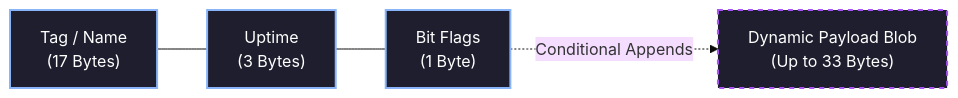
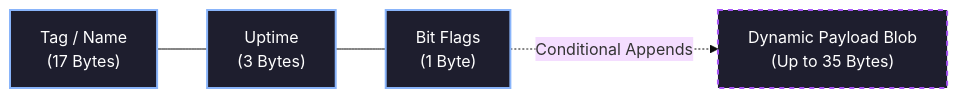
The first of 2 diagrams in src/docs/content/docs/rfc/12-payload-telemetry.mdx (qshosfw/hermes), drawn with Mermaid (base theme) before and after one commit. The commit also changed other lines of this file and 24 other files, not shown here.

````diff
--- a/src/docs/content/docs/rfc/12-payload-telemetry.mdx
+++ b/src/docs/content/docs/rfc/12-payload-telemetry.mdx
@@ -22,8 +22,8 @@
 ```mermaid
 graph LR
-    A["Tag / Name<br>(17 Bytes)"] --- B["Uptime<br>(3 Bytes)"] --- C["Bit Flags<br>(1 Byte)"] -. "Conditional Appends" .-> D["Dynamic Payload Blob<br>(Up to 33 Bytes)"]
+    A["Tag / Name<br>(17 Bytes)"] --- B["Uptime<br>(3 Bytes)"] --- C["Bit Flags<br>(1 Byte)"] -. "Conditional Appends" .-> D["Dynamic Payload Blob<br>(Up to 35 Bytes)"]
     classDef base fill:#1e1e2e,stroke:#89b4fa,stroke-width:2px,color:white;
     classDef dynamic fill:#1e1e2e,stroke:#a855f7,stroke-width:2px,stroke-dasharray: 5 5,color:white;
     class A,B,C base;
     class D dynamic;
 ```
````
